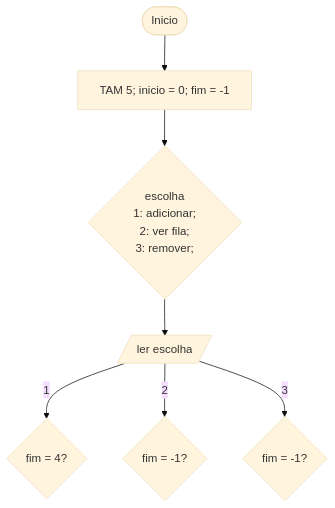
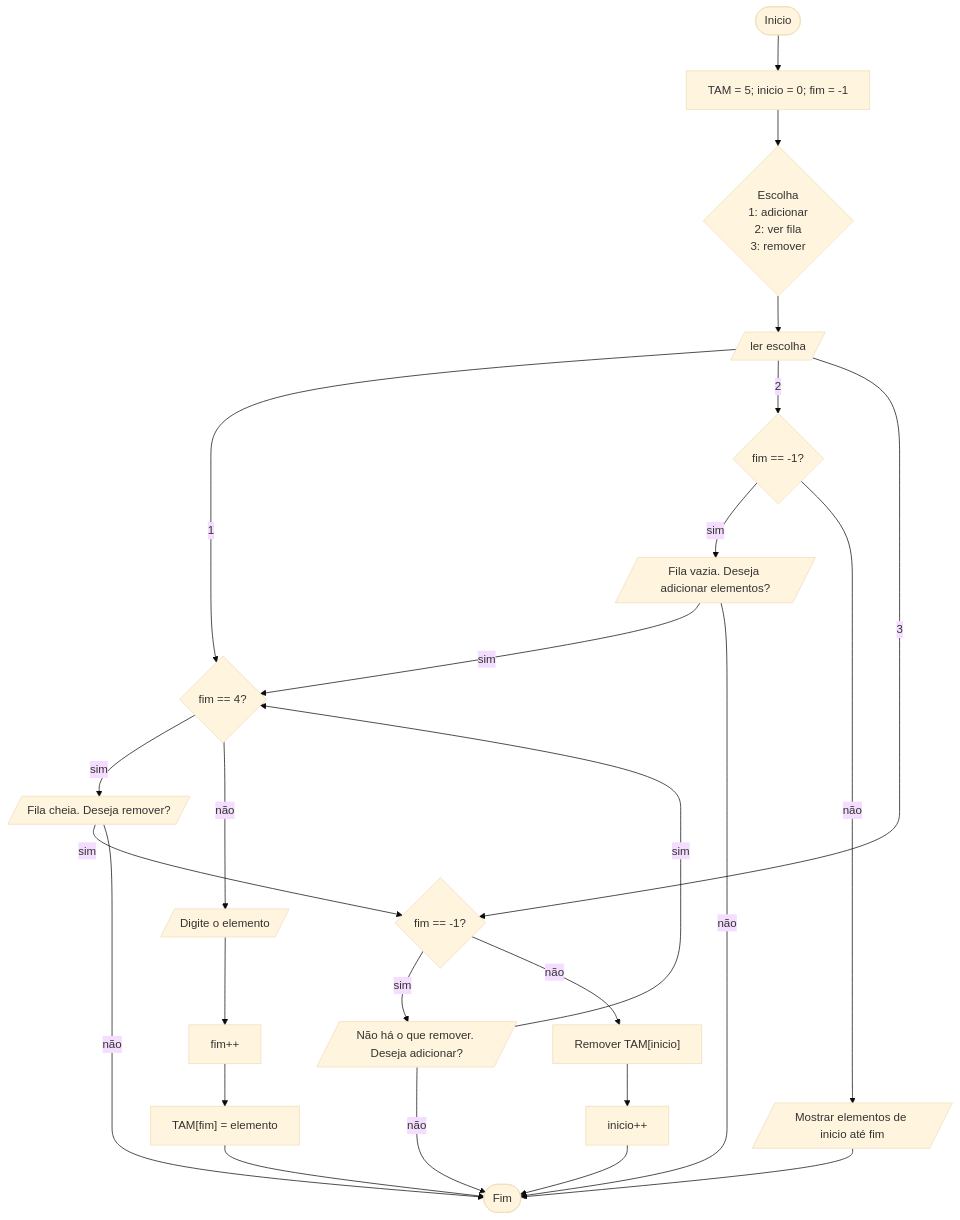
The diagram in Faculdade-Unialfa---Engenharia-de-Software-main/algoritmos-e-programacao-de-computadores-Richard/estruturas-basicas-de-dados/fila/fila.md (fredericofaleiro/fredericofaleiro), drawn with Mermaid (base theme) before and after one commit.

Commit message:
finalizando-fluxograma-filas

````diff
--- a/Faculdade-Unialfa---Engenharia-de-Software-main/algoritmos-e-programacao-de-computadores-Richard/estruturas-basicas-de-dados/fila/fila.md
+++ b/Faculdade-Unialfa---Engenharia-de-Software-main/algoritmos-e-programacao-de-computadores-Richard/estruturas-basicas-de-dados/fila/fila.md
@@ -1,16 +1,46 @@
 ```mermaid
 flowchart TD
 
-A([Inicio]) --> B[TAM 5; inicio = 0; fim = -1]
+A([Inicio]) --> B[TAM = 5; inicio = 0; fim = -1]
 
-B --> c{escolha
-1: adicionar;
-2: ver fila;
-3: remover;} 
+B --> C{Escolha
+1: adicionar
+2: ver fila
+3: remover}
 
-c --> d[/ler escolha/]
+C --> D[/ler escolha/]
 
-d-->|1| e{fim = 4?}
-d-->|2| f{fim = -1?}
-d-->|3| g{fim = -1?}
+D -->|1| E{fim == 4?}
+D -->|2| F{fim == -1?}
+D -->|3| G{fim == -1?}
+
+%% ADICIONAR
+E -->|sim| H[/Fila cheia. Deseja remover?/]
+E -->|não| Y[/Digite o elemento/]
+
+H -->|sim| G
+H -->|não| Z([Fim])
+
+Y --> I[fim++]
+I --> J["TAM[fim] = elemento"]
+J --> Z
+
+%% VER FILA
+F -->|sim| K[/Fila vazia. Deseja adicionar elementos?/]
+F -->|não| L[/Mostrar elementos de inicio até fim/]
+
+K -->|sim| E
+K -->|não| Z
+
+L --> Z
+
+%% REMOVER
+G -->|sim| M[/Não há o que remover. Deseja adicionar?/]
+G -->|não| N["Remover TAM[inicio]"]
+
+M -->|sim| E
+M -->|não| Z
+
+N --> O[inicio++]
+O --> Z
 ```
````
